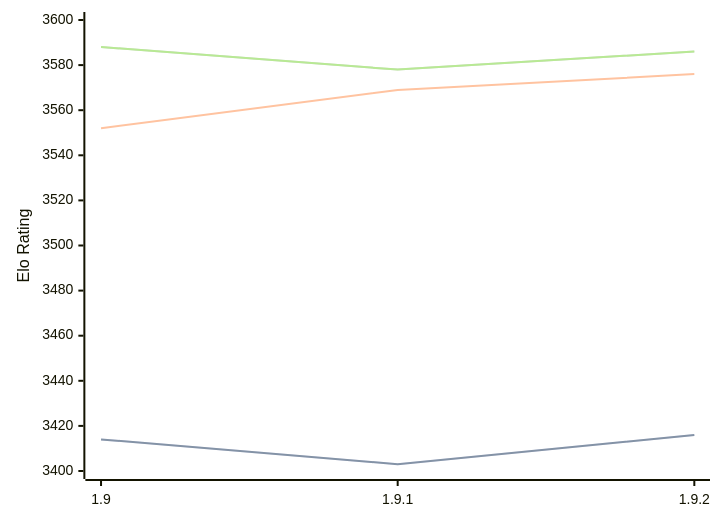
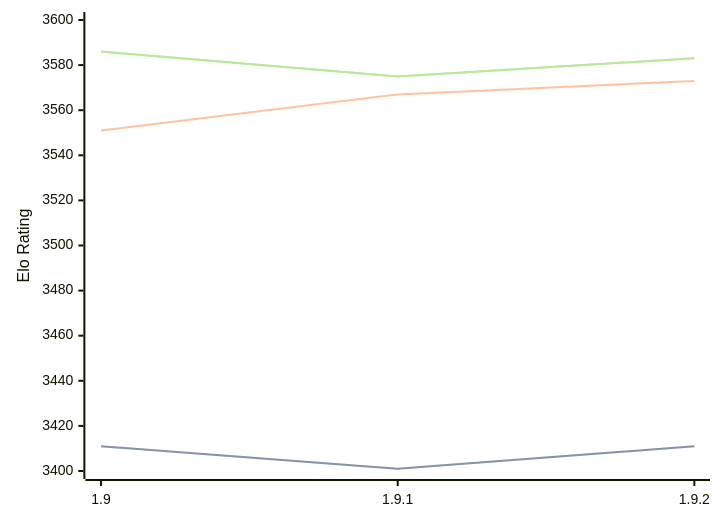
The diagram in engines/Pawnocchio.md (computer-chess-index/cci), drawn with Mermaid before and after one commit. The commit also changed other lines of this file, not shown here.

Commit message:
Update CCI Ratings (ELO VLTC) - 2026-03-10

````diff
--- a/engines/Pawnocchio.md
+++ b/engines/Pawnocchio.md
@@ -46,11 +46,11 @@
 ```mermaid
 %%{init: {"theme":"base","themeVariables":{"seriesColors:['#a3a3a3','#222221','#faa371']}}}%%
 xychart-beta
   x-axis ["1.9", "1.9.1", "1.9.2"]
   y-axis "Elo Rating" 3400 --> 3600
-  line "STC (8.0+0.08s)" [3414, 3403, 3416]
-  line "STC (8.0+0.08s)" [3414, 3403, 3416]
-  line "LTC (60.0+0.60s)" [3552, 3569, 3576]
-  line "VLTC (2m24s+1.12s)" [3588, 3578, 3586]
-  line "VLTC (2m24s+1.12s)" [3588, 3578, 3586]
+  line "STC (8.0+0.08s)" [3411, 3401, 3411]
+  line "STC (8.0+0.08s)" [3411, 3401, 3411]
+  line "LTC (60.0+0.60s)" [3551, 3567, 3573]
+  line "VLTC (2m24s+1.12s)" [3586, 3575, 3583]
+  line "VLTC (2m24s+1.12s)" [3586, 3575, 3583]
 ```
````
